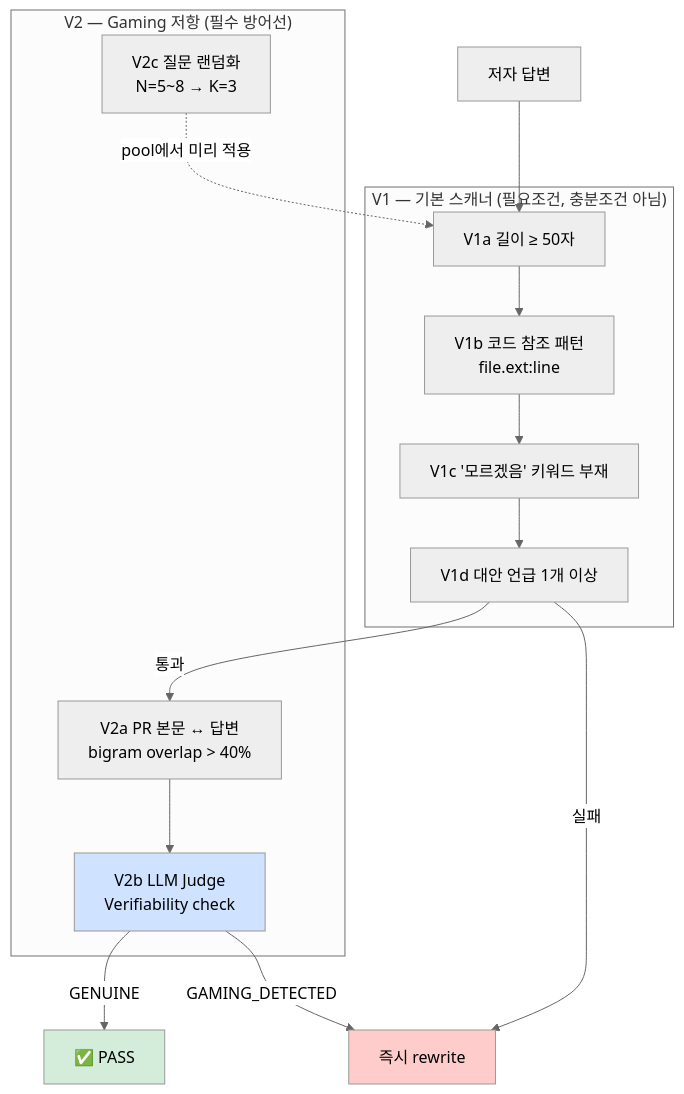
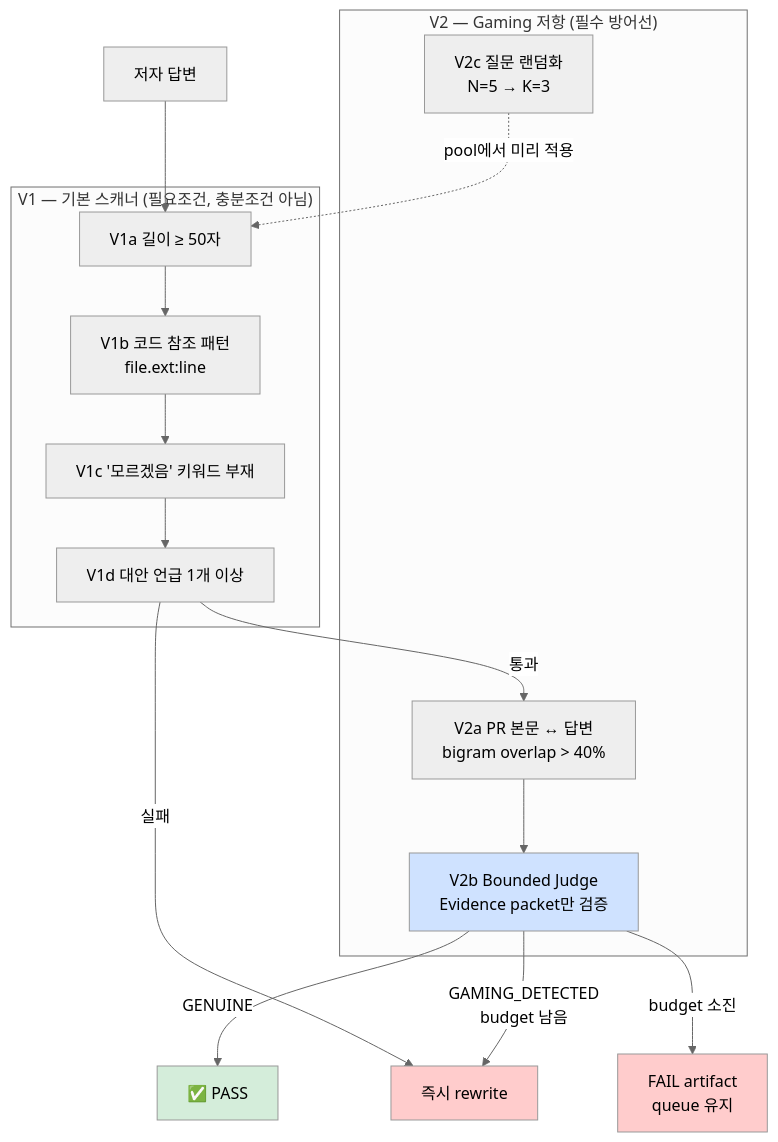
Before and after one commit to Jimmy-Jung/ai-symbiote: the fifth of 12 diagrams in docs/09-검증-레이어-동작원리.md, drawn with Mermaid (neutral theme). The commit also changed other lines of this file and 3 other files, not shown here.

````diff
--- a/docs/09-검증-레이어-동작원리.md
+++ b/docs/09-검증-레이어-동작원리.md
@@ -141,28 +144,30 @@
 ```mermaid
 flowchart TB
     subgraph V1["V1 — 기본 스캐너 (필요조건, 충분조건 아님)"]
         V1a["V1a 길이 ≥ 50자"]
         V1b["V1b 코드 참조 패턴<br/>file.ext:line"]
         V1c["V1c '모르겠음' 키워드 부재"]
         V1d["V1d 대안 언급 1개 이상"]
     end
 
     subgraph V2["V2 — Gaming 저항 (필수 방어선)"]
         V2a["V2a PR 본문 ↔ 답변<br/>bigram overlap &gt; 40%"]
-        V2b["V2b LLM Judge<br/>Verifiability check"]
-        V2c["V2c 질문 랜덤화<br/>N=5~8 → K=3"]
+        V2b["V2b Bounded Judge<br/>Evidence packet만 검증"]
+        V2c["V2c 질문 랜덤화<br/>N=5 → K=3"]
     end
 
     Answer["저자 답변"] --> V1a
     V1a --> V1b --> V1c --> V1d
     V1d -->|통과| V2a
     V1d -->|실패| Rewrite["즉시 rewrite"]
     V2a --> V2b
     V2b -->|GENUINE| Pass["✅ PASS"]
-    V2b -->|GAMING_DETECTED| Rewrite
+    V2b -->|GAMING_DETECTED<br/>budget 남음| Rewrite
+    V2b -->|budget 소진| Fail["FAIL artifact<br/>queue 유지"]
     V2c -.pool에서 미리 적용.-> V1a
 
     style Pass fill:#d4edda
     style Rewrite fill:#ffcccc
     style V2b fill:#cfe2ff
+    style Fail fill:#ffcccc
 ```
````
